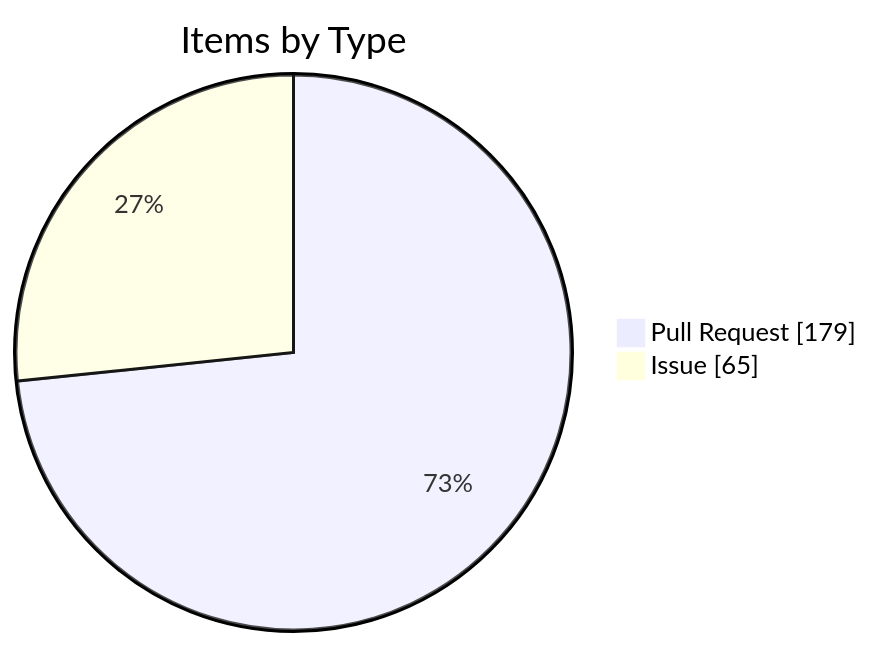
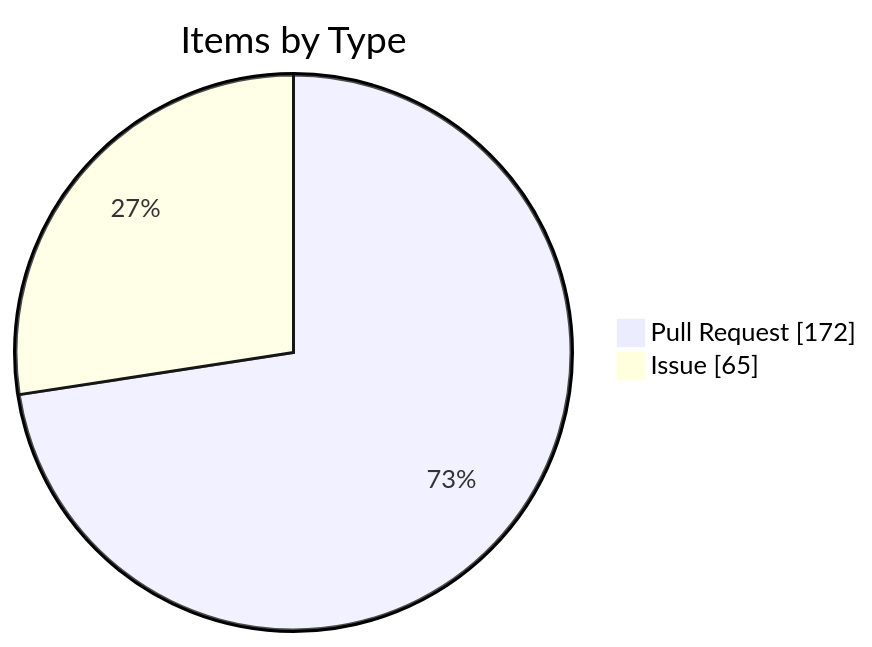
The fourth of 4 diagrams in apps/kbve/astro-kbve/src/content/docs/dashboard/kanban-data.mdx (KBVE/kbve), drawn with Mermaid before and after one commit. The commit also changed other lines of this file and 8 other files, not shown here.

````diff
--- a/apps/kbve/astro-kbve/src/content/docs/dashboard/kanban-data.mdx
+++ b/apps/kbve/astro-kbve/src/content/docs/dashboard/kanban-data.mdx
@@ -116,6 +116,6 @@
 ```mermaid
 pie showData
     title Items by Type
-    "Pull Request" : 179
+    "Pull Request" : 172
     "Issue" : 65
 ```
````
